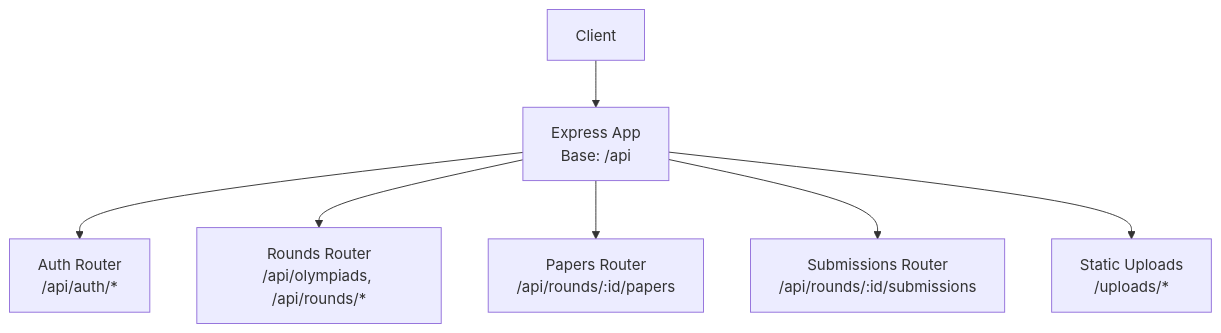
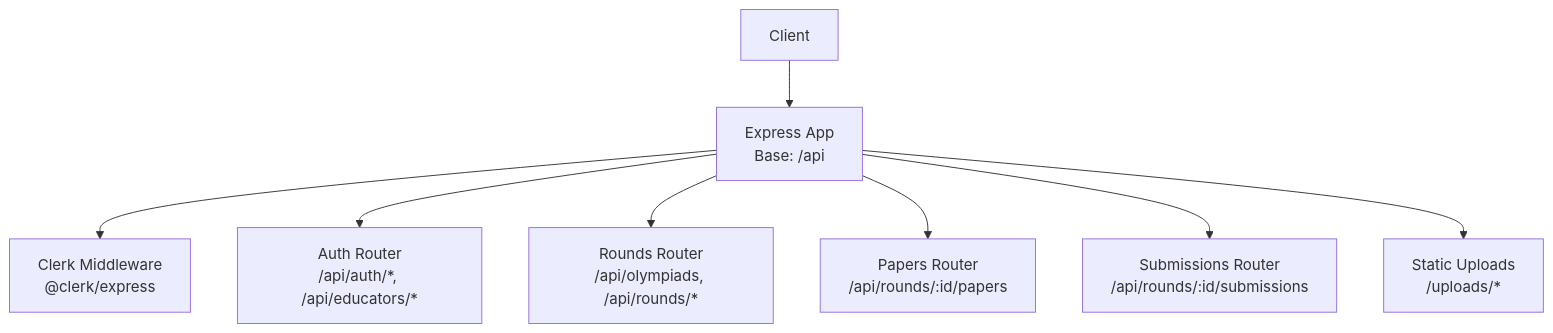
One commit to ZandileMkontwana/olympiad-portal changed the first of 3 diagrams in .qoder/repowiki/en/content/API Reference/API Reference.md. Above: the diagram before and after it, drawn with Mermaid. The commit also changed other lines of this file and 16 other files, not shown here.

Commit message:
fix: test(backend): update tests for Clerk auth and Supabase storage

````diff
--- a/.qoder/repowiki/en/content/API Reference/API Reference.md
+++ b/.qoder/repowiki/en/content/API Reference/API Reference.md
@@ -40,9 +40,10 @@
 ```mermaid
 graph TB
 Client["Client"] --> API["Express App<br/>Base: /api"]
-API --> AuthRouter["Auth Router<br/>/api/auth/*"]
+API --> ClerkMiddleware["Clerk Middleware<br/>@clerk/express"]
+API --> AuthRouter["Auth Router<br/>/api/auth/*, /api/educators/*"]
 API --> RoundsRouter["Rounds Router<br/>/api/olympiads, /api/rounds/*"]
 API --> PapersRouter["Papers Router<br/>/api/rounds/:id/papers"]
 API --> SubmissionsRouter["Submissions Router<br/>/api/rounds/:id/submissions"]
 API --> Static["Static Uploads<br/>/uploads/*"]
 ```
````
